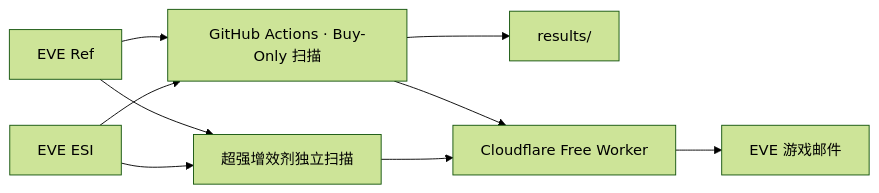
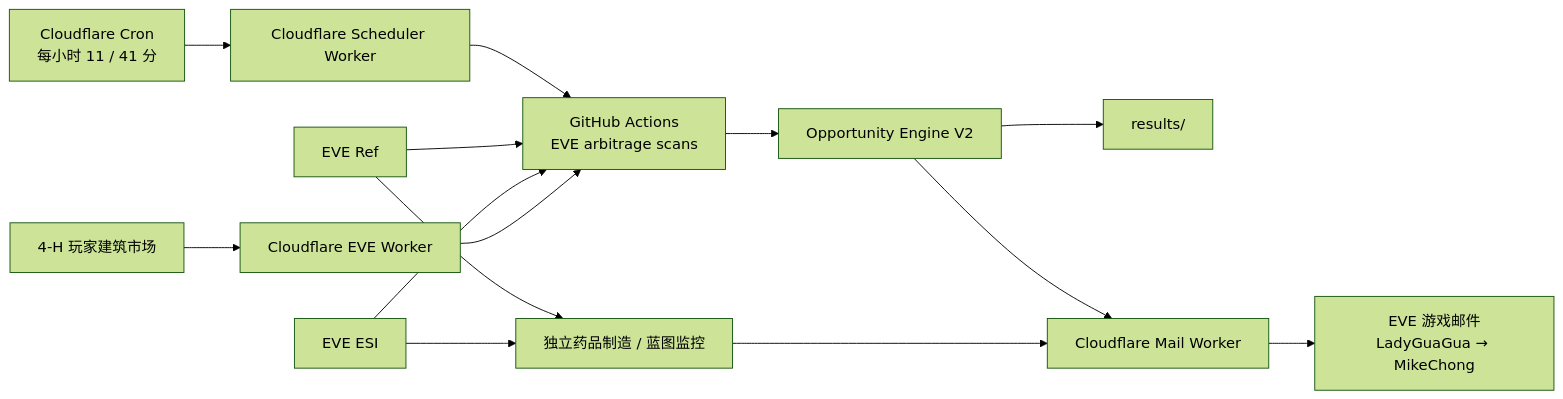
Before and after one commit to samson8964/chatgpt-eve: the diagram in README.md, drawn with Mermaid (forest theme). The commit also changed other lines of this file, not shown here.

Commit message:
docs: refresh README for current V2 production architecture

````diff
--- a/README.md
+++ b/README.md
@@ -26,12 +11,19 @@
 ```mermaid
 flowchart LR
-  ref["EVE Ref"] --> scan["GitHub Actions · Buy-Only 扫描"]
-  esi["EVE ESI"] --> scan
-  scan --> results["results/"]
-  scan --> cf["Cloudflare Free Worker"]
-  cf --> mail["EVE 游戏邮件"]
+  cron["Cloudflare Cron\n每小时 11 / 41 分"] --> scheduler["Cloudflare Scheduler Worker"]
+  scheduler --> gha["GitHub Actions\nEVE arbitrage scans"]
 
-  ref --> booster["超强增效剂独立扫描"]
+  ref["EVE Ref"] --> gha
+  esi["EVE ESI"] --> gha
+  structure["4-H 玩家建筑市场"] --> cf["Cloudflare EVE Worker"]
+  cf --> gha
+
+  gha --> engine["Opportunity Engine V2"]
+  engine --> results["results/"]
+  engine --> mailworker["Cloudflare Mail Worker"]
+  mailworker --> eve["EVE 游戏邮件\nLadyGuaGua → MikeChong"]
+
+  ref --> booster["独立药品制造 / 蓝图监控"]
   esi --> booster
-  booster --> cf
+  booster --> mailworker
 ```
````
